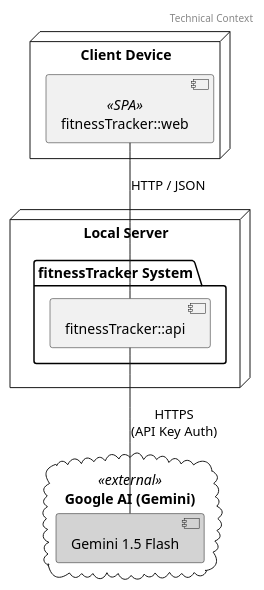
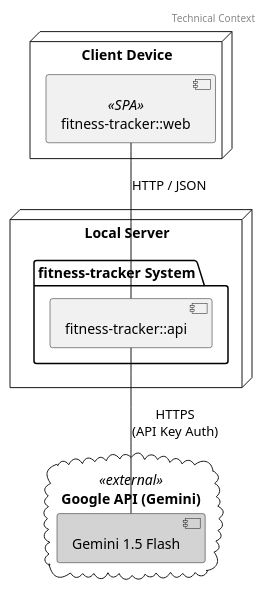
One commit to apratt3377/fitness-tracker changed the diagram in arc42/images/technical-context.puml. Above: the diagram before and after it, drawn with PlantUML. The commit also changed 44 other files, not shown here.

```diff
--- a/arc42/images/technical-context.puml
+++ b/arc42/images/technical-context.puml
@@ -1,25 +1,25 @@
 @startuml
 skinparam componentStyle uml2
 
 header Technical Context
 
 node "Client Device" as client {
-    component "fitnessTracker::web" as web <<SPA>>
+    component "fitness-tracker::web" as web <<SPA>>
 }
 
 node "Local Server" as host {
-    package "fitnessTracker System" {
-        component "fitnessTracker::api" as api
+    package "fitness-tracker System" {
+        component "fitness-tracker::api" as api
     }
 }
 
 ' Specific Gemini Cloud
-cloud "Google AI (Gemini)" as gemini <<external>> #White {
+cloud "Google API (Gemini)" as gemini <<external>> #White {
     component "Gemini 1.5 Flash" as model #LightGray
 }
 
 ' Technical Connections
 web -- api : "HTTP / JSON"
 api -- model : "HTTPS\n(API Key Auth)"
 
 @enduml
```
